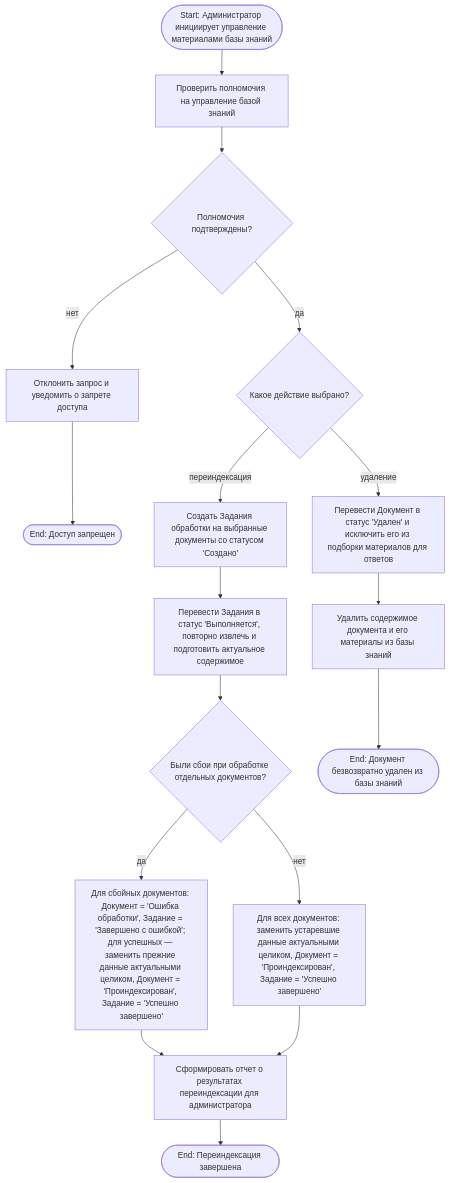
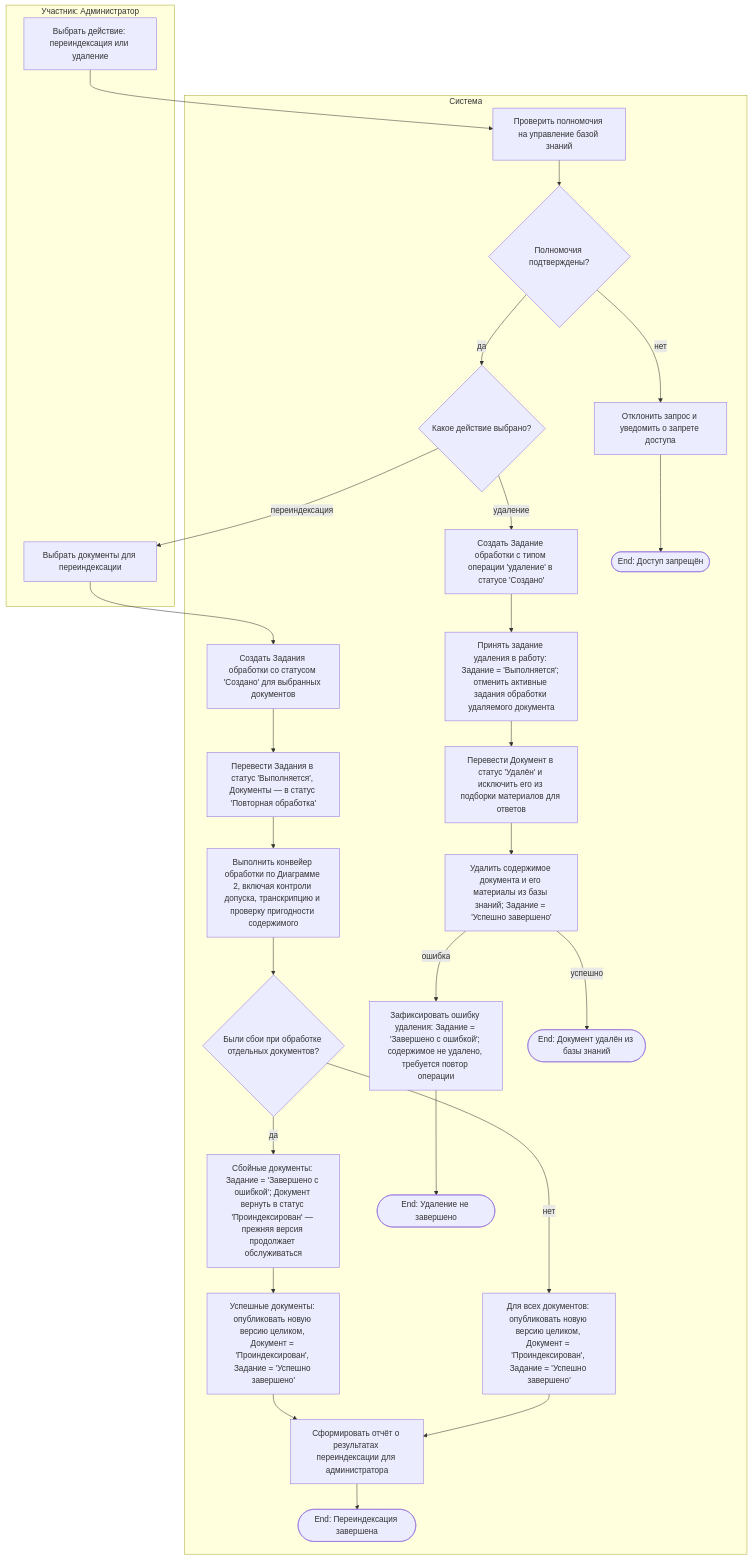
One commit to adsfryt/AI-chat-knowledge-bot changed the third of 3 diagrams in 1-task/3/README.md. Above: the diagram before and after it, drawn with Mermaid. The commit also changed other lines of this file, not shown here.

````diff
--- a/1-task/3/README.md
+++ b/1-task/3/README.md
@@ -116,19 +211,55 @@
 ```mermaid
 flowchart TD
-    S(["Start: Администратор инициирует управление материалами базы знаний"]) --> B1["Проверить полномочия на управление базой знаний"]
-    B1 --> D0{"Полномочия подтверждены?"}
-    D0 -->|нет| E_NO_PERM["Отклонить запрос и уведомить о запрете доступа"]
-    E_NO_PERM --> E_EXIT(["End: Доступ запрещен"])
-    D0 -->|да| D1{"Какое действие выбрано?"}
-    D1 -->|переиндексация| B2["Создать Задания обработки на выбранные документы со статусом 'Создано'"]
-    B2 --> W1["Перевести Задания в статус 'Выполняется', повторно извлечь и подготовить актуальное содержимое"]
-    W1 --> D2{"Были сбои при обработке отдельных документов?"}
-    D2 -->|да| B3["Для сбойных документов: Документ = 'Ошибка обработки', Задание = 'Завершено с ошибкой'; для успешных — заменить прежние данные актуальными целиком, Документ = 'Проиндексирован', Задание = 'Успешно завершено'"]
-    D2 -->|нет| B4["Для всех документов: заменить устаревшие данные актуальными целиком, Документ = 'Проиндексирован', Задание = 'Успешно завершено'"]
-    B3 --> RPT["Сформировать отчет о результатах переиндексации для администратора"]
-    B4 --> RPT
-    RPT --> E_REINDEX_DONE(["End: Переиндексация завершена"])
-    D1 -->|удаление| B5["Перевести Документ в статус 'Удален' и исключить его из подборки материалов для ответов"]
-    B5 --> B6["Удалить содержимое документа и его материалы из базы знаний"]
-    B6 --> E_DEL_DONE(["End: Документ безвозвратно удален из базы знаний"])
+    S(["Start: Администратор инициирует актуализацию материалов базы знаний"])
+    subgraph U ["Участник: Администратор"]
+        A1["Выбрать действие: переиндексация или удаление"]
+        A2["Выбрать документы для переиндексации"]
+    end
+    subgraph S ["Система"]
+        B1["Проверить полномочия на управление базой знаний"]
+        D0{"Полномочия подтверждены?"}
+        E_NO_PERM["Отклонить запрос и уведомить о запрете доступа"]
+        D1{"Какое действие выбрано?"}
+        B2["Создать Задания обработки со статусом 'Создано' для выбранных документов"]
+        B3["Перевести Задания в статус 'Выполняется', Документы — в статус 'Повторная обработка'"]
+        B4["Выполнить конвейер обработки по Диаграмме 2, включая контроли допуска, транскрипцию и проверку пригодности содержимого"]
+        D2{"Были сбои при обработке отдельных документов?"}
+        B5["Сбойные документы: Задание = 'Завершено с ошибкой'; Документ вернуть в статус 'Проиндексирован' — прежняя версия продолжает обслуживаться"]
+        B6["Успешные документы: опубликовать новую версию целиком, Документ = 'Проиндексирован', Задание = 'Успешно завершено'"]
+        B7["Для всех документов: опубликовать новую версию целиком, Документ = 'Проиндексирован', Задание = 'Успешно завершено'"]
+        RPT["Сформировать отчёт о результатах переиндексации для администратора"]
+        B8["Создать Задание обработки с типом операции 'удаление' в статусе 'Создано'"]
+        B9["Принять задание удаления в работу: Задание = 'Выполняется'; отменить активные задания обработки удаляемого документа"]
+        B10["Перевести Документ в статус 'Удалён' и исключить его из подборки материалов для ответов"]
+        B11["Удалить содержимое документа и его материалы из базы знаний; Задание = 'Успешно завершено'"]
+        F2["Зафиксировать ошибку удаления: Задание = 'Завершено с ошибкой'; содержимое не удалено, требуется повтор операции"]
+        E_REINDEX(["End: Переиндексация завершена"])
+        E_DEL(["End: Документ удалён из базы знаний"])
+        E_DEL_ERR(["End: Удаление не завершено"])
+        E_EXIT(["End: Доступ запрещён"])
+    end
+
+    A1 --> B1
+    B1 --> D0
+    D0 -->|нет| E_NO_PERM
+    E_NO_PERM --> E_EXIT
+    D0 -->|да| D1
+    D1 -->|переиндексация| A2
+    A2 --> B2
+    B2 --> B3
+    B3 --> B4
+    B4 --> D2
+    D2 -->|да| B5
+    B5 --> B6
+    D2 -->|нет| B7
+    B6 --> RPT
+    B7 --> RPT
+    RPT --> E_REINDEX
+    D1 -->|удаление| B8
+    B8 --> B9
+    B9 --> B10
+    B10 --> B11
+    B11 -->|успешно| E_DEL
+    B11 -->|ошибка| F2
+    F2 --> E_DEL_ERR
 ```
````
